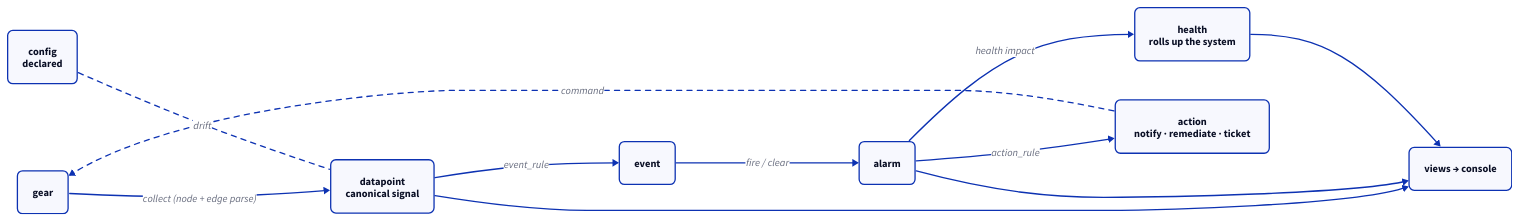
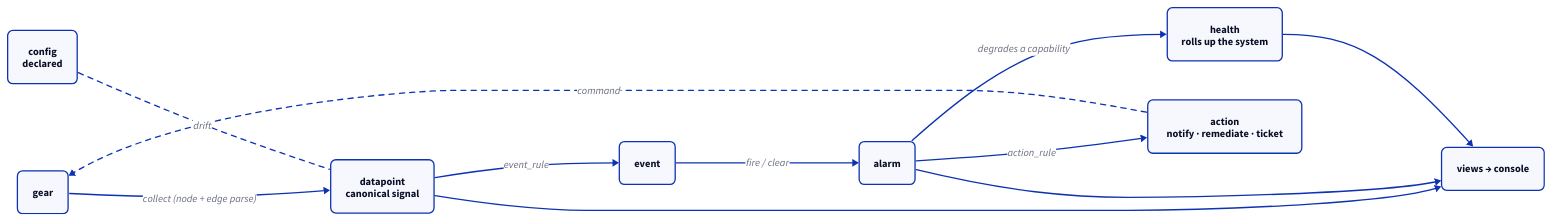
The second of 2 diagrams in docs/src/content/docs/architecture/index.md (hyperscaleav/omniglass), drawn with D2 before and after one commit. The commit also changed other lines of this file and 75 other files, not shown here.

````diff
--- a/docs/src/content/docs/architecture/index.md
+++ b/docs/src/content/docs/architecture/index.md
@@ -144,31 +147,31 @@
 ```d2
 direction: right
 
 # Shape colors are deliberately omitted: the inline SVG is themed from the site's
 # brand tokens in custom.css so it follows Starlight's light/dark toggle. Only
 # structure (rounding, dashes, the highlighted key node) lives here.
 classes: {
   node: { style.border-radius: 8 }
   key: { style: { border-radius: 8; bold: true } }
 }
 
 gear: gear { class: node }
 datapoint: "datapoint\ncanonical signal" { class: key }
 event: event { class: node }
 alarm: alarm { class: node }
 health: "health\nrolls up the system" { class: node }
 action: "action\nnotify · remediate · ticket" { class: node }
 config: "config\ndeclared" { class: node }
 views: "views → console" { class: node }
 
 gear -> datapoint: collect (node + edge parse)
 datapoint -> event: event_rule
 event -> alarm: fire / clear
-alarm -> health: health impact
+alarm -> health: degrades a capability
 alarm -> action: action_rule
 action -> gear: command { style.stroke-dash: 4 }
 config -- datapoint: drift { style.stroke-dash: 4 }
 datapoint -> views
 alarm -> views
 health -> views
 ```
````
